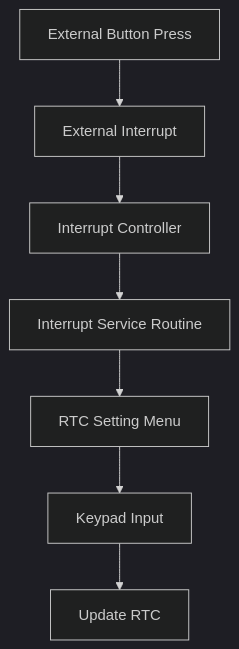
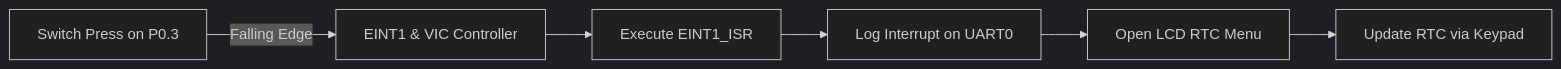
The seventh of 10 diagrams in README.md (maghambhanu/LPC2148-Industrial-Environment-Monitor), drawn with Mermaid (dark theme) before and after one commit. The commit also changed other lines of this file, not shown here.

````diff
--- a/README.md
+++ b/README.md
@@ -316,9 +267,8 @@
 ```mermaid
-flowchart TD
-    A[External Button Press] --> B[External Interrupt]
-    B --> C[Interrupt Controller]
-    C --> D[Interrupt Service Routine]
-    D --> E[RTC Setting Menu]
-    E --> F[Keypad Input]
-    F --> G[Update RTC]
+flowchart LR
+    A[Switch Press on P0.3] -->|Falling Edge| B[EINT1 & VIC Controller]
+    B --> C[Execute EINT1_ISR]
+    C --> D[Log Interrupt on UART0]
+    D --> E[Open LCD RTC Menu]
+    E --> F[Update RTC via Keypad]
 ```
````
